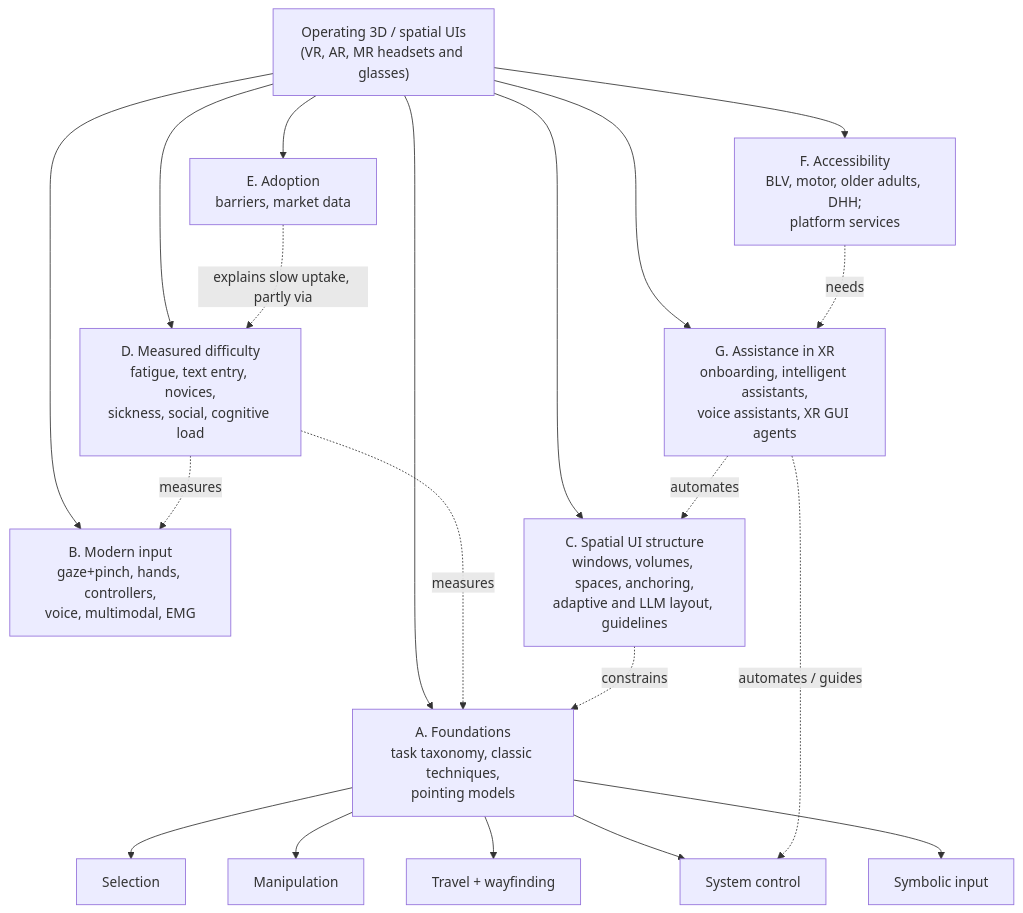
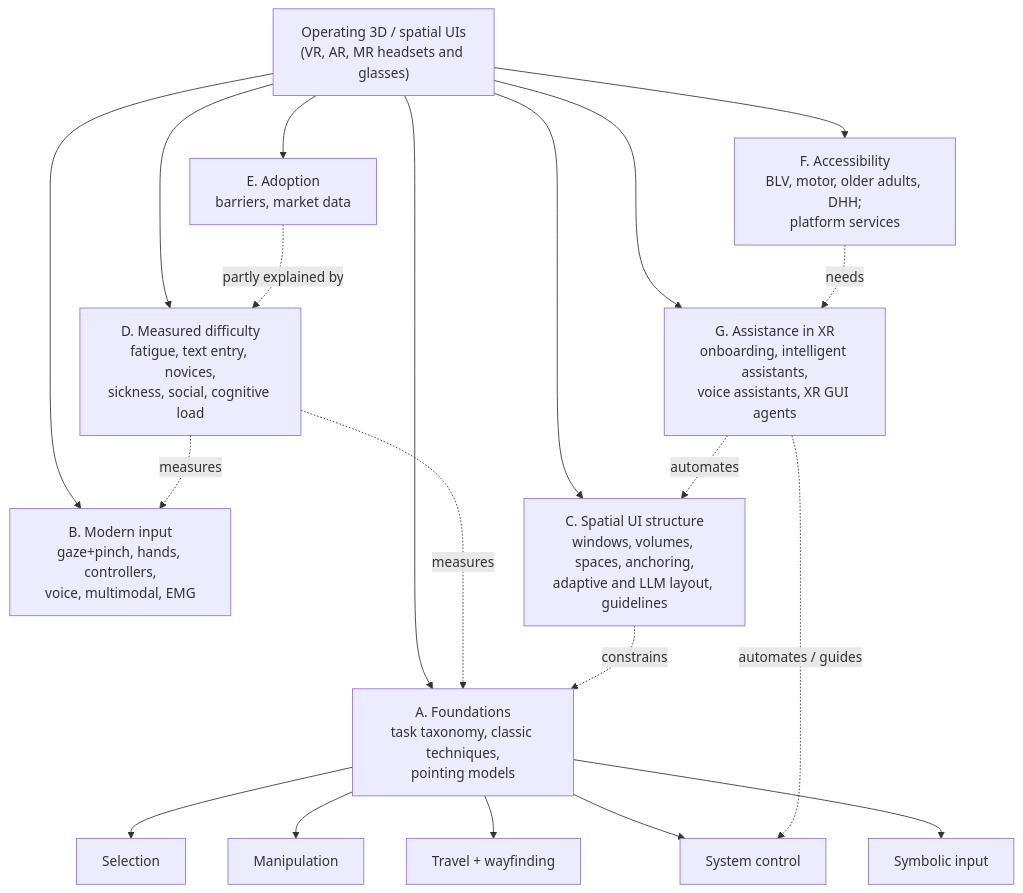
Before and after one commit to Amadeusyzh/Takuyy: the first of 2 diagrams in docs/research/3d-gui-agent/02-3d-ui-and-xr-interaction.md, drawn with Mermaid. The commit also changed other lines of this file and 7 other files, not shown here.

````diff
--- a/docs/research/3d-gui-agent/02-3d-ui-and-xr-interaction.md
+++ b/docs/research/3d-gui-agent/02-3d-ui-and-xr-interaction.md
@@ -161,19 +161,19 @@
 ```mermaid
 flowchart TD
   ROOT["Operating 3D / spatial UIs<br/>(VR, AR, MR headsets and glasses)"]
   ROOT --> A["A. Foundations<br/>task taxonomy, classic techniques,<br/>pointing models"]
   ROOT --> B["B. Modern input<br/>gaze+pinch, hands, controllers,<br/>voice, multimodal, EMG"]
   ROOT --> C["C. Spatial UI structure<br/>windows, volumes, spaces, anchoring,<br/>adaptive and LLM layout, guidelines"]
   ROOT --> D["D. Measured difficulty<br/>fatigue, text entry, novices,<br/>sickness, social, cognitive load"]
   ROOT --> E["E. Adoption<br/>barriers, market data"]
   ROOT --> F["F. Accessibility<br/>BLV, motor, older adults, DHH;<br/>platform services"]
   ROOT --> G["G. Assistance in XR<br/>onboarding, intelligent assistants,<br/>voice assistants, XR GUI agents"]
   A --> A1["Selection"] & A2["Manipulation"] & A3["Travel + wayfinding"] & A4["System control"] & A5["Symbolic input"]
   D -.measures.-> A
   D -.measures.-> B
   C -.constrains.-> A
-  E -.explains slow uptake, partly via.-> D
+  E -.partly explained by.-> D
   F -.needs.-> G
   G -.automates / guides.-> A4
   G -.automates.-> C
 ```
````
